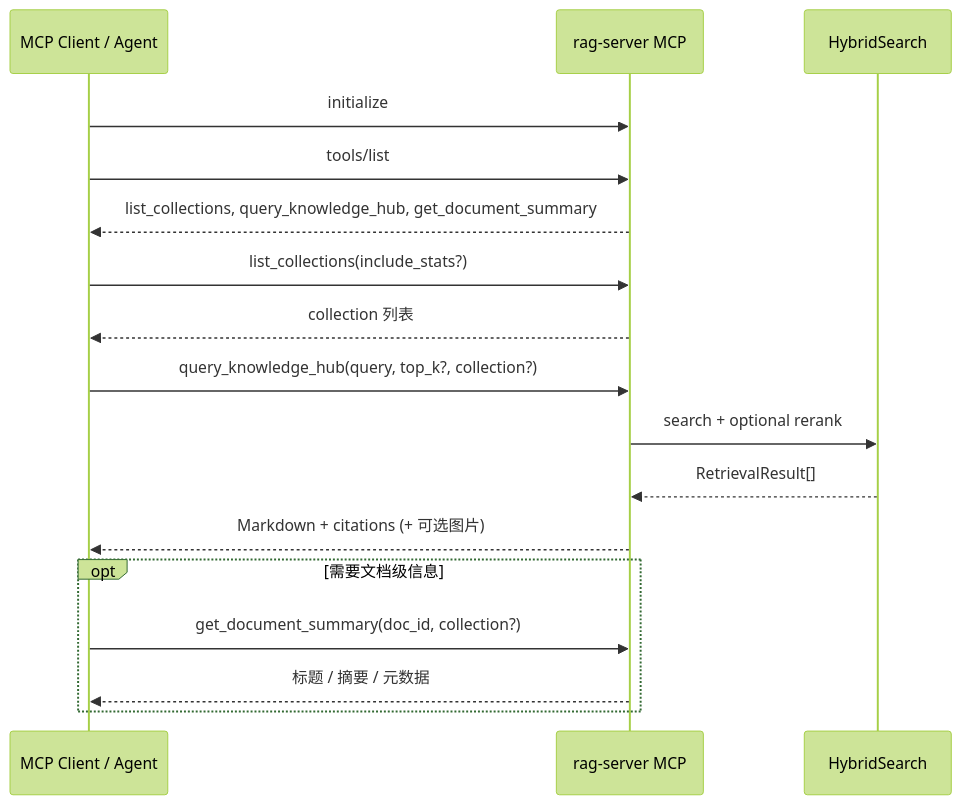
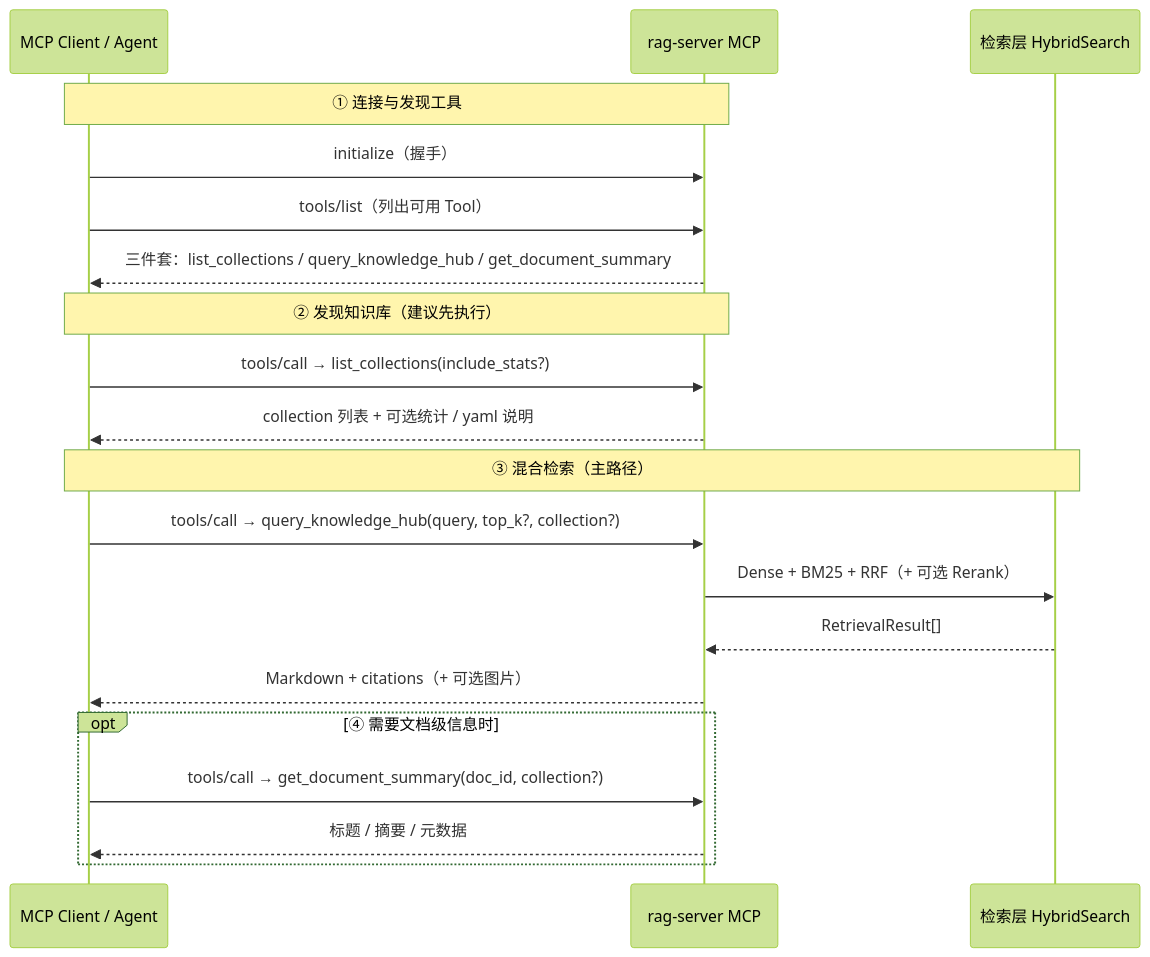
Before and after one commit to fireloop0828/contextbridge-agent: the diagram in rag-server/docs/project-design/外接集成设计.md, drawn with Mermaid (forest theme). The commit also changed other lines of this file and 6 other files, not shown here.

````diff
--- a/rag-server/docs/project-design/外接集成设计.md
+++ b/rag-server/docs/project-design/外接集成设计.md
@@ -99,23 +90,26 @@
 ```mermaid
 sequenceDiagram
   participant Client as MCP Client / Agent
   participant Srv as rag-server MCP
-  participant Core as HybridSearch
+  participant Core as 检索层 HybridSearch
 
-  Client->>Srv: initialize
-  Client->>Srv: tools/list
-  Srv-->>Client: list_collections, query_knowledge_hub, get_document_summary
+  Note over Client,Srv: ① 连接与发现工具
+  Client->>Srv: initialize（握手）
+  Client->>Srv: tools/list（列出可用 Tool）
+  Srv-->>Client: 三件套：list_collections / query_knowledge_hub / get_document_summary
 
-  Client->>Srv: list_collections(include_stats?)
-  Srv-->>Client: collection 列表
+  Note over Client,Srv: ② 发现知识库（建议先执行）
+  Client->>Srv: tools/call → list_collections(include_stats?)
+  Srv-->>Client: collection 列表 + 可选统计 / yaml 说明
 
-  Client->>Srv: query_knowledge_hub(query, top_k?, collection?)
-  Srv->>Core: search + optional rerank
+  Note over Client,Core: ③ 混合检索（主路径）
+  Client->>Srv: tools/call → query_knowledge_hub(query, top_k?, collection?)
+  Srv->>Core: Dense + BM25 + RRF（+ 可选 Rerank）
   Core-->>Srv: RetrievalResult[]
-  Srv-->>Client: Markdown + citations (+ 可选图片)
+  Srv-->>Client: Markdown + citations（+ 可选图片）
 
-  opt 需要文档级信息
-    Client->>Srv: get_document_summary(doc_id, collection?)
+  opt ④ 需要文档级信息时
+    Client->>Srv: tools/call → get_document_summary(doc_id, collection?)
     Srv-->>Client: 标题 / 摘要 / 元数据
   end
 ```
````
